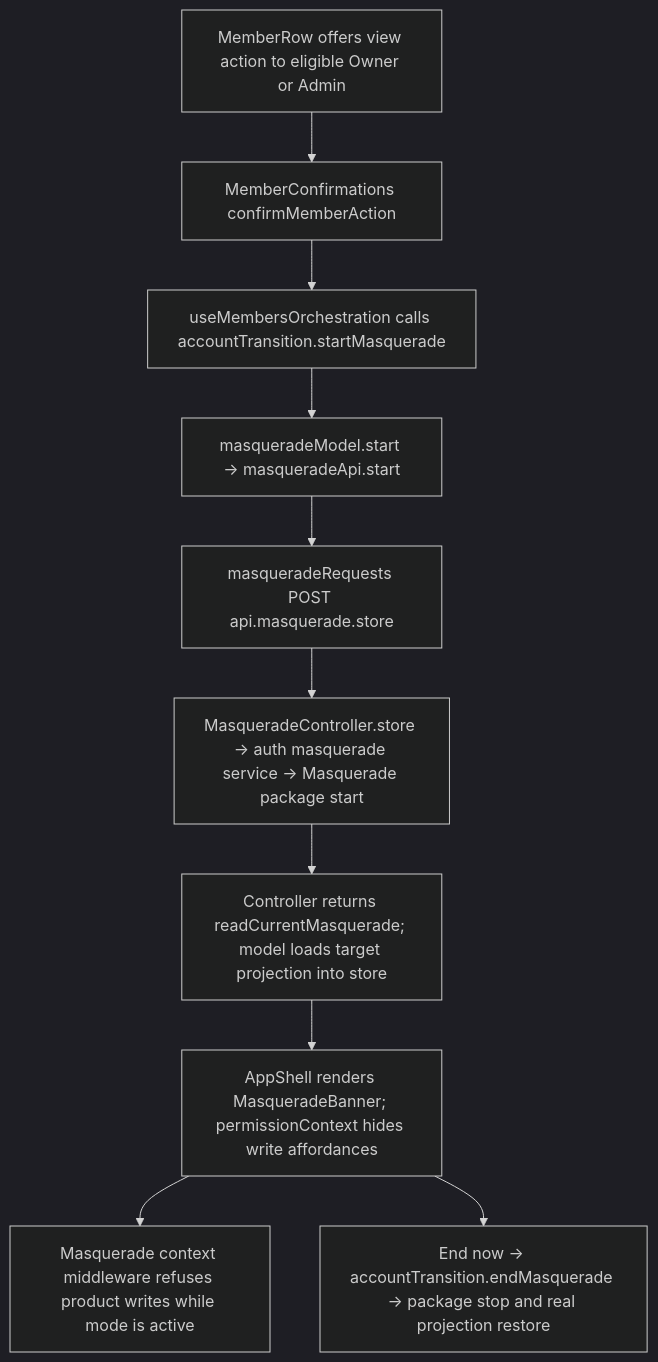
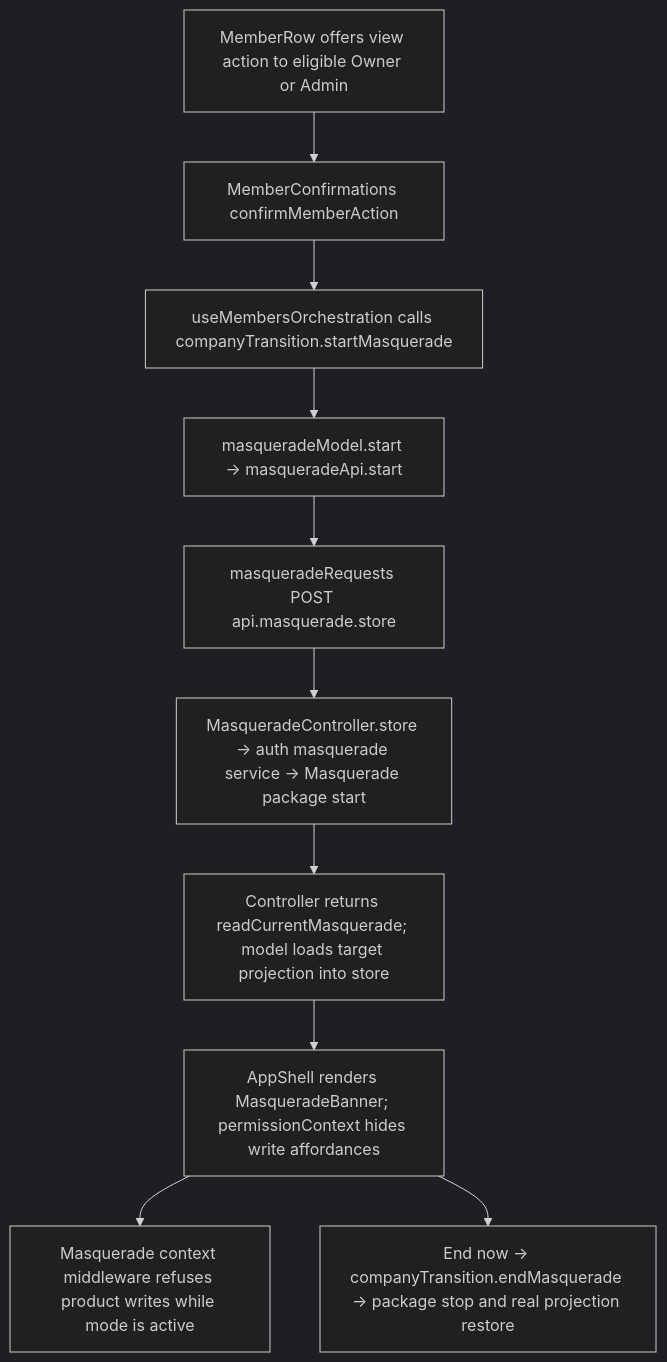
The second of 2 diagrams in user-stories/team/US-TEAM-08-view-as-member.md (Kevinjohn/capacitylens), drawn with Mermaid (dark theme) before and after one commit. The commit also changed 285 other files, not shown here.

````diff
--- a/user-stories/team/US-TEAM-08-view-as-member.md
+++ b/user-stories/team/US-TEAM-08-view-as-member.md
@@ -32,12 +32,12 @@
 ```mermaid
 flowchart TD
     Row["MemberRow offers view action to eligible Owner or Admin"] --> Confirm["MemberConfirmations confirmMemberAction"]
-    Confirm --> Start["useMembersOrchestration calls accountTransition.startMasquerade"]
+    Confirm --> Start["useMembersOrchestration calls companyTransition.startMasquerade"]
     Start --> Model["masqueradeModel.start → masqueradeApi.start"]
     Model --> Request["masqueradeRequests POST api.masquerade.store"]
     Request --> Server["MasqueradeController.store → auth masquerade service → Masquerade package start"]
     Server --> Projection["Controller returns readCurrentMasquerade; model loads target projection into store"]
     Projection --> Banner["AppShell renders MasqueradeBanner; permissionContext hides write affordances"]
     Banner --> ReadOnly["Masquerade context middleware refuses product writes while mode is active"]
-    Banner --> End["End now → accountTransition.endMasquerade → package stop and real projection restore"]
+    Banner --> End["End now → companyTransition.endMasquerade → package stop and real projection restore"]
 ```
````
